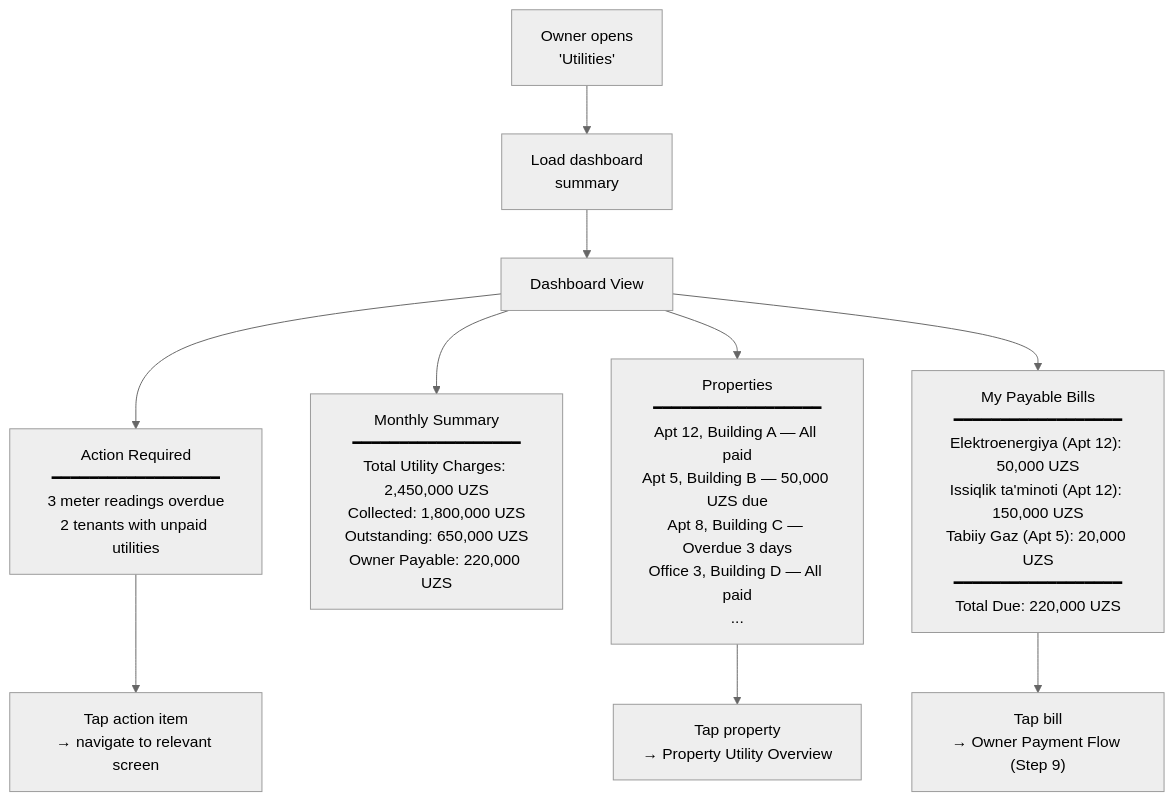
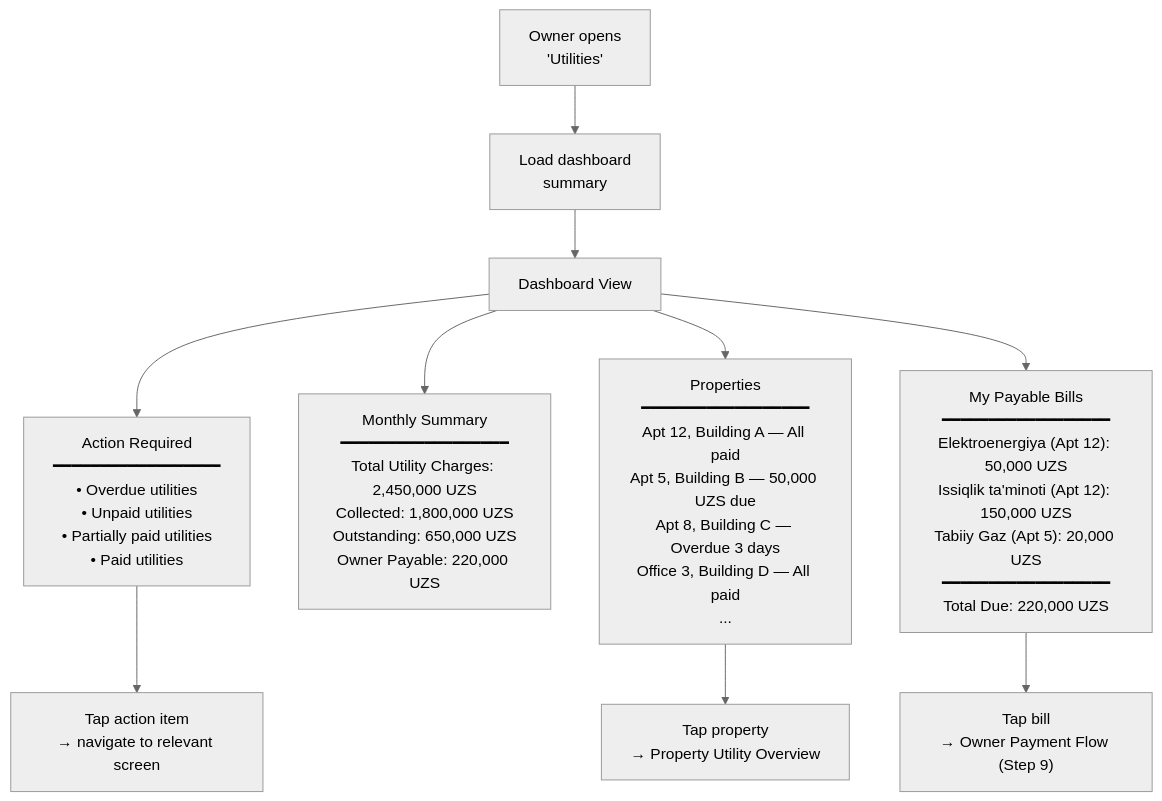
The second of 12 diagrams in Utilities - Business Owner.md (saodatm-dev/Utilities---Informational-Architecture), drawn with Mermaid (neutral theme) before and after one commit. The commit also changed other lines of this file, not shown here.

````diff
--- a/Utilities - Business Owner.md
+++ b/Utilities - Business Owner.md
@@ -67,18 +67,18 @@
 ```mermaid
 flowchart TD
     OPEN["Owner opens<br/>'Utilities'"] --> LOAD["Load dashboard<br/>summary"]
 
     LOAD --> DASH["Dashboard View"]
 
-    DASH --> SECTION_A["Action Required<br/>━━━━━━━━━━━━━━━━━━<br/>3 meter readings overdue<br/>2 tenants with unpaid utilities"]
+    DASH --> SECTION_A["Action Required<br/>━━━━━━━━━━━━━━━━━━<br/>• Overdue utilities<br/>• Unpaid utilities<br/>• Partially paid utilities<br/>• Paid utilities"]
 
     DASH --> SECTION_B["Monthly Summary<br/>━━━━━━━━━━━━━━━━━━<br/>Total Utility Charges: 2,450,000 UZS<br/>Collected: 1,800,000 UZS<br/>Outstanding: 650,000 UZS<br/>Owner Payable: 220,000 UZS"]
 
     DASH --> SECTION_C["Properties<br/>━━━━━━━━━━━━━━━━━━<br/>Apt 12, Building A — All paid<br/>Apt 5, Building B — 50,000 UZS due<br/>Apt 8, Building C — Overdue 3 days<br/>Office 3, Building D — All paid<br/>..."]
 
     DASH --> SECTION_D["My Payable Bills<br/>━━━━━━━━━━━━━━━━━━<br/>Elektroenergiya (Apt 12): 50,000 UZS<br/>Issiqlik ta'minoti (Apt 12): 150,000 UZS<br/>Tabiiy Gaz (Apt 5): 20,000 UZS<br/>━━━━━━━━━━━━━━━━━━<br/>Total Due: 220,000 UZS"]
 
     SECTION_A --> TAP_ACTION["Tap action item<br/>→ navigate to relevant screen"]
     SECTION_C --> TAP_PROP["Tap property<br/>→ Property Utility Overview"]
     SECTION_D --> TAP_BILL["Tap bill<br/>→ Owner Payment Flow (Step 9)"]
 ```
````
